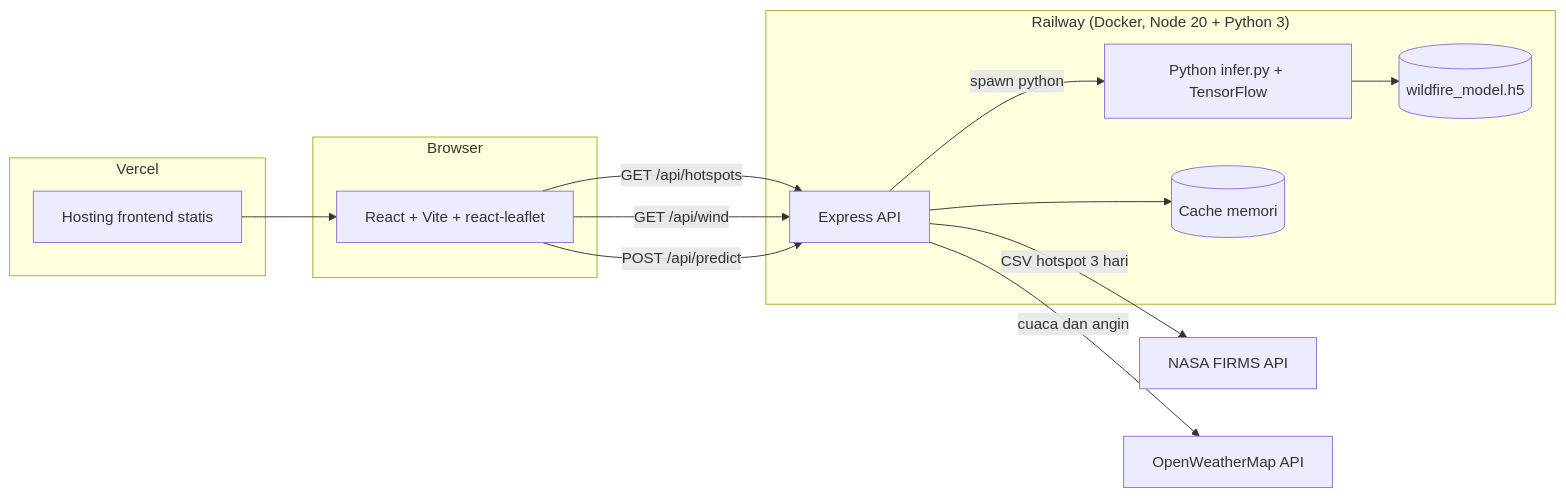
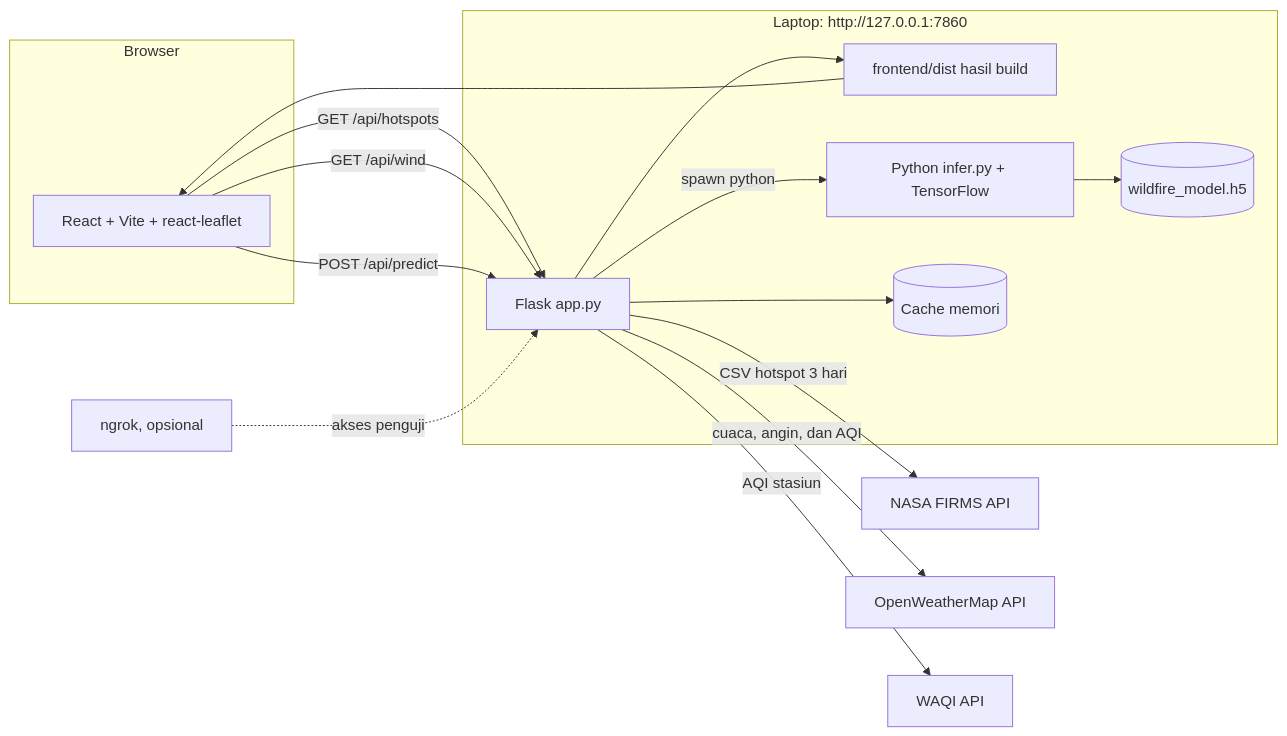
The first of 3 diagrams in docs/PRD.md (hissyam90/kalimantan-wildfire-hotspot-detection), drawn with Mermaid before and after one commit. The commit also changed other lines of this file and 22 other files, not shown here.

First line of the commit message:
feat(backend): implement Flask API for wildfire detection

````diff
--- a/docs/PRD.md
+++ b/docs/PRD.md
@@ -104,27 +104,30 @@
 ```mermaid
 flowchart LR
   subgraph Browser
     UI["React + Vite + react-leaflet"]
   end
-  subgraph Vercel
-    STATIC["Hosting frontend statis"]
-  end
-  subgraph Railway["Railway (Docker, Node 20 + Python 3)"]
-    API["Express API"]
+  subgraph Laptop["Laptop: http://127.0.0.1:7860"]
+    FLASK["Flask app.py"]
+    STATIC["frontend/dist hasil build"]
     PY["Python infer.py + TensorFlow"]
     MODEL[("wildfire_model.h5")]
     CACHE[("Cache memori")]
   end
+  NGROK["ngrok, opsional"]
   FIRMS["NASA FIRMS API"]
   OWM["OpenWeatherMap API"]
+  WAQI["WAQI API"]
 
+  FLASK --> STATIC
   STATIC --> UI
-  UI -->|"GET /api/hotspots"| API
-  UI -->|"GET /api/wind"| API
-  UI -->|"POST /api/predict"| API
-  API --> CACHE
-  API -->|"CSV hotspot 3 hari"| FIRMS
-  API -->|"cuaca dan angin"| OWM
-  API -->|"spawn python"| PY
+  UI -->|"GET /api/hotspots"| FLASK
+  UI -->|"GET /api/wind"| FLASK
+  UI -->|"POST /api/predict"| FLASK
+  FLASK --> CACHE
+  FLASK -->|"CSV hotspot 3 hari"| FIRMS
+  FLASK -->|"cuaca, angin, dan AQI"| OWM
+  FLASK -->|"AQI stasiun"| WAQI
+  FLASK -->|"spawn python"| PY
   PY --> MODEL
+  NGROK -.->|"akses penguji"| FLASK
 ```
````
